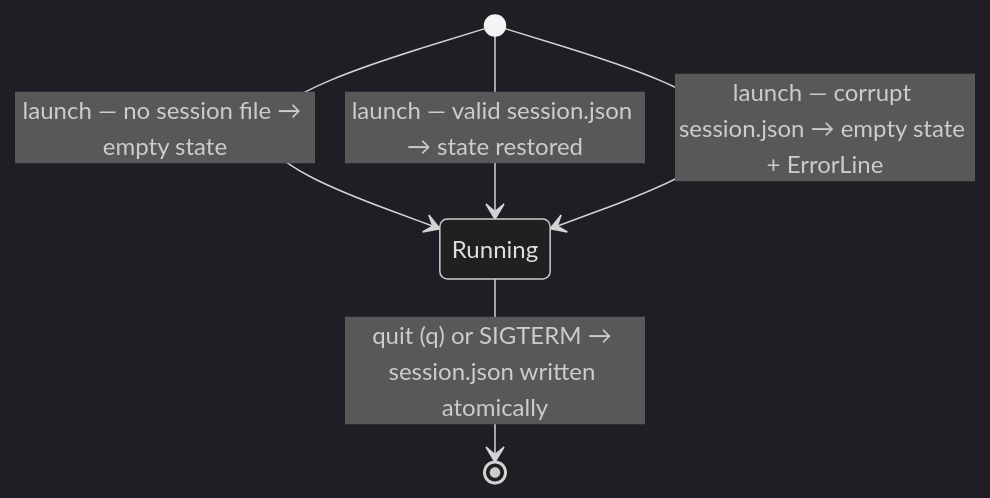
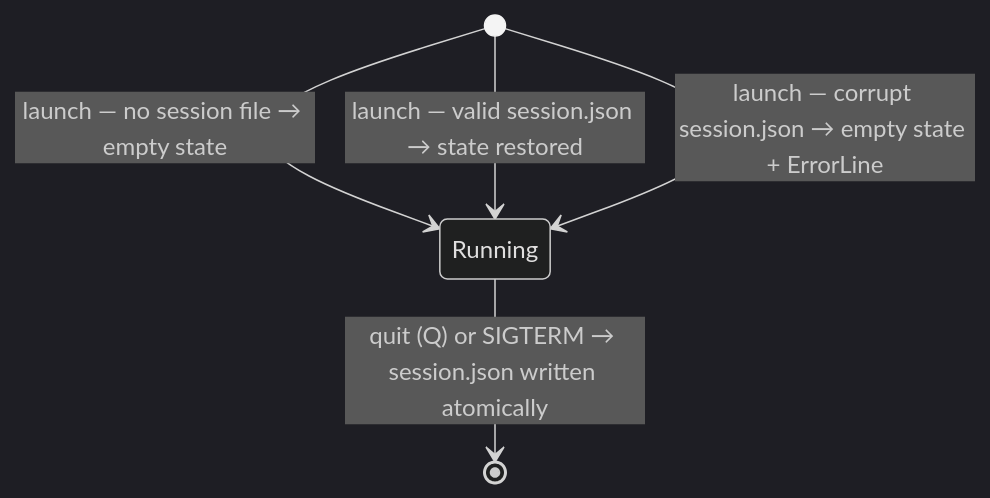
Before and after one commit to imix/rpncalc: the diagram in taproot/specs/state-and-memory/session-persistence/usecase.md, drawn with Mermaid (dark theme). The commit also changed other lines of this file and 12 other files, not shown here.

````diff
--- a/taproot/specs/state-and-memory/session-persistence/usecase.md
+++ b/taproot/specs/state-and-memory/session-persistence/usecase.md
@@ -40,7 +40,7 @@
 ```mermaid
 stateDiagram-v2
     [*] --> Running : launch — no session file → empty state
     [*] --> Running : launch — valid session.json → state restored
     [*] --> Running : launch — corrupt session.json → empty state + ErrorLine
-    Running --> [*] : quit (q) or SIGTERM → session.json written atomically
+    Running --> [*] : quit (Q) or SIGTERM → session.json written atomically
 ```
````
